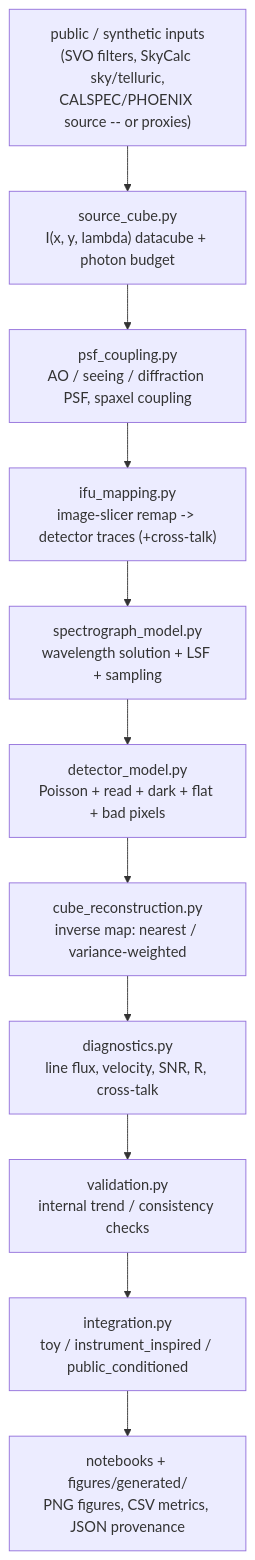
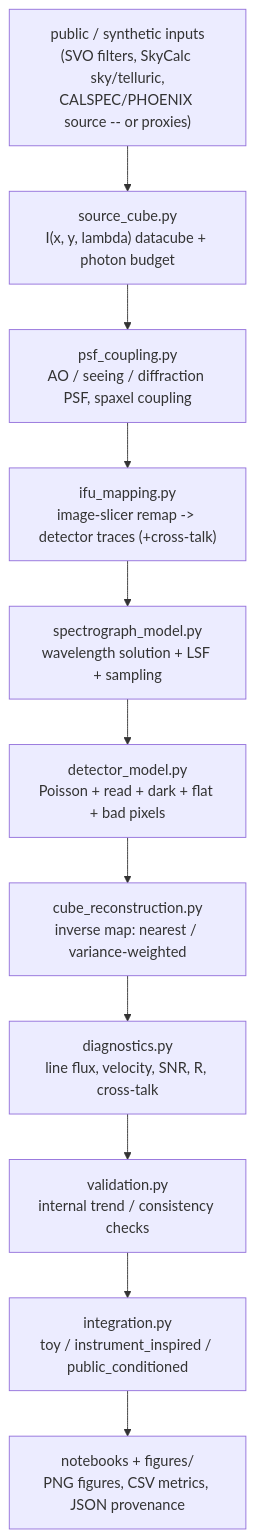
Before and after one commit to xhvoid/AO-Fed-IFU-Spectrograph-Simulation: the diagram in docs/architecture.md, drawn with Mermaid. The commit also changed 90 other files, not shown here.

First line of the commit message:
Flatten figures/generated into figures/

````diff
--- a/docs/architecture.md
+++ b/docs/architecture.md
@@ -10,14 +10,14 @@
 ```mermaid
 flowchart TD
     A["public / synthetic inputs<br/>(SVO filters, SkyCalc sky/telluric,<br/>CALSPEC/PHOENIX source -- or proxies)"] --> B
     B["source_cube.py<br/>I(x, y, lambda) datacube + photon budget"] --> C
     C["psf_coupling.py<br/>AO / seeing / diffraction PSF, spaxel coupling"] --> D
     D["ifu_mapping.py<br/>image-slicer remap -> detector traces (+cross-talk)"] --> E
     E["spectrograph_model.py<br/>wavelength solution + LSF + sampling"] --> F
     F["detector_model.py<br/>Poisson + read + dark + flat + bad pixels"] --> G
     G["cube_reconstruction.py<br/>inverse map: nearest / variance-weighted"] --> H
     H["diagnostics.py<br/>line flux, velocity, SNR, R, cross-talk"] --> I
     I["validation.py<br/>internal trend / consistency checks"] --> J
     J["integration.py<br/>toy / instrument_inspired / public_conditioned"] --> K
-    K["notebooks + figures/generated/<br/>PNG figures, CSV metrics, JSON provenance"]
+    K["notebooks + figures/<br/>PNG figures, CSV metrics, JSON provenance"]
 ```
````
